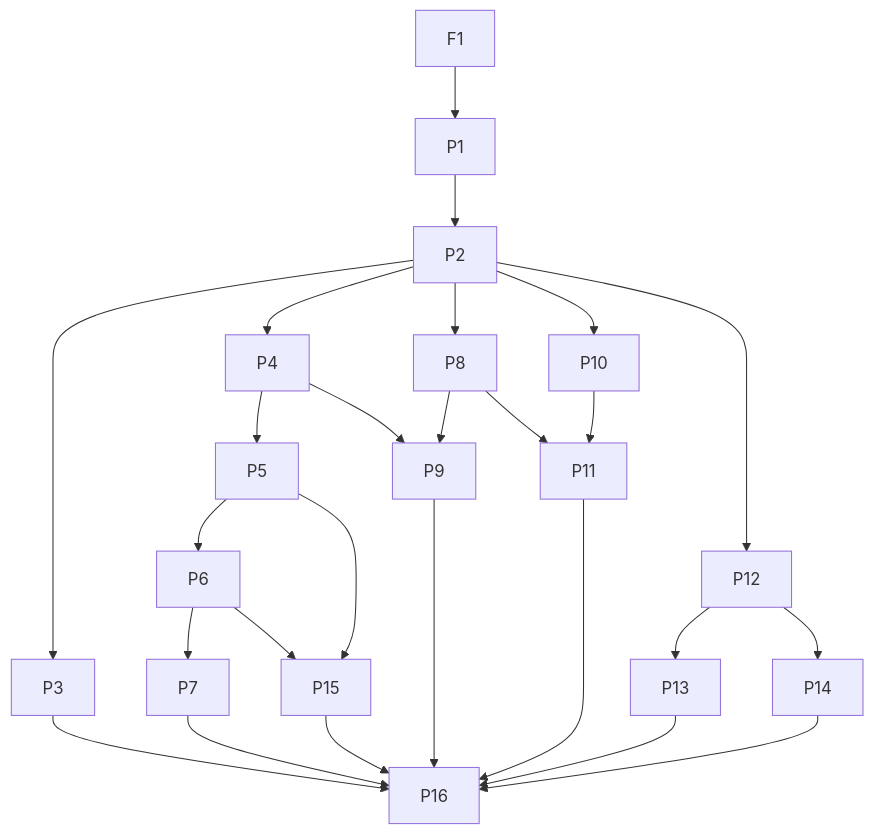
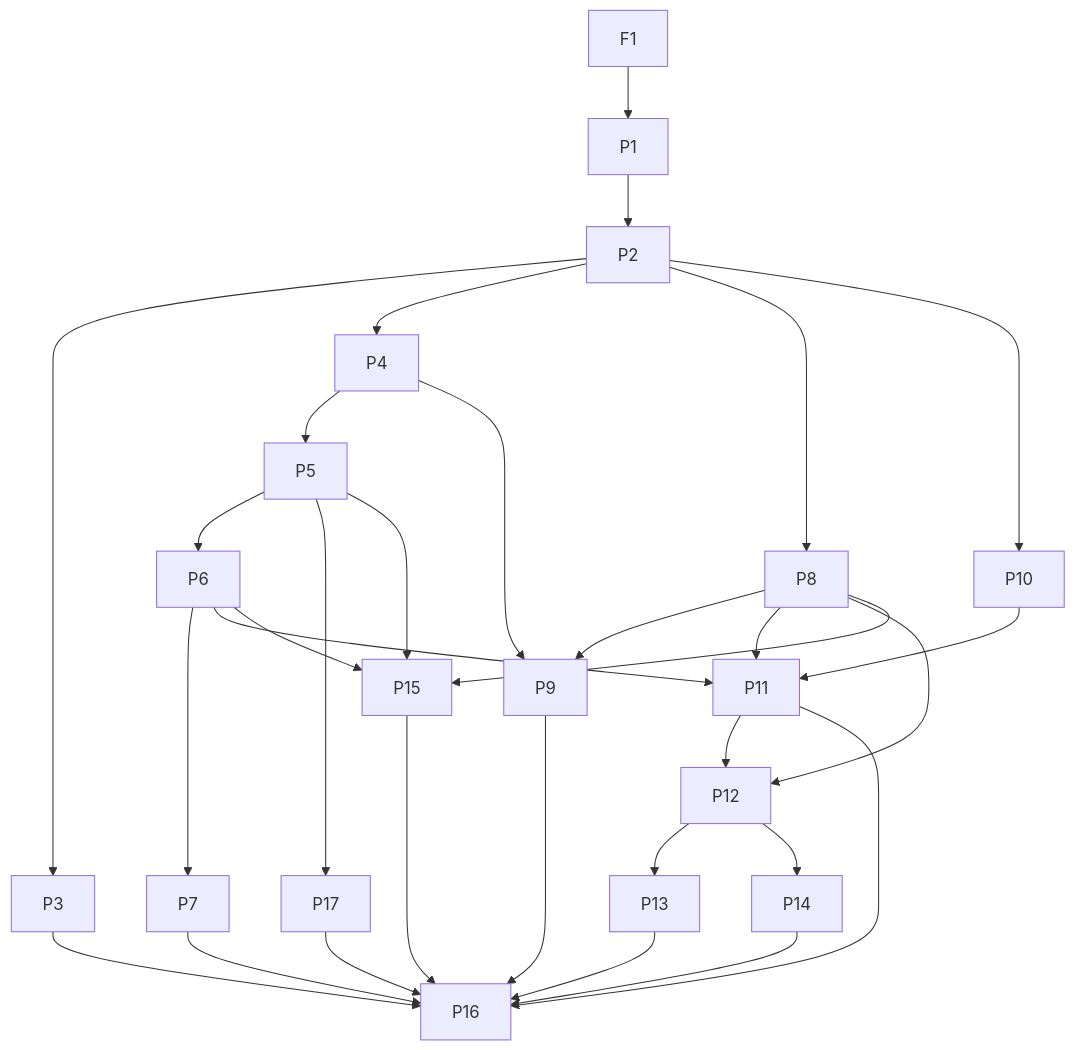
Before and after one commit to systemfsoftware/effect-e2e: the second of 2 diagrams in docs/plans/2026-11-10-0232-feat-e2e-bar-slop-refusal-plan.md, drawn with Mermaid. The commit also changed other lines of this file, not shown here.

````diff
--- a/docs/plans/2026-11-10-0232-feat-e2e-bar-slop-refusal-plan.md
+++ b/docs/plans/2026-11-10-0232-feat-e2e-bar-slop-refusal-plan.md
@@ -300,22 +306,28 @@
 ```mermaid
 flowchart TB
   F1 --> P1 --> P2
   P2 --> P3
   P2 --> P4 --> P5 --> P6 --> P7
+  P5 --> P17
   P2 --> P8 --> P9
   P4 --> P9
   P2 --> P10
+  P6 --> P11
   P8 --> P11
   P10 --> P11
-  P2 --> P12 --> P13
+  P8 --> P12
+  P11 --> P12
+  P12 --> P13
   P12 --> P14
   P5 --> P15
   P6 --> P15
+  P8 --> P15
   P7 --> P16
   P9 --> P16
   P11 --> P16
   P13 --> P16
   P14 --> P16
   P15 --> P16
+  P17 --> P16
   P3 --> P16
 ```
````
